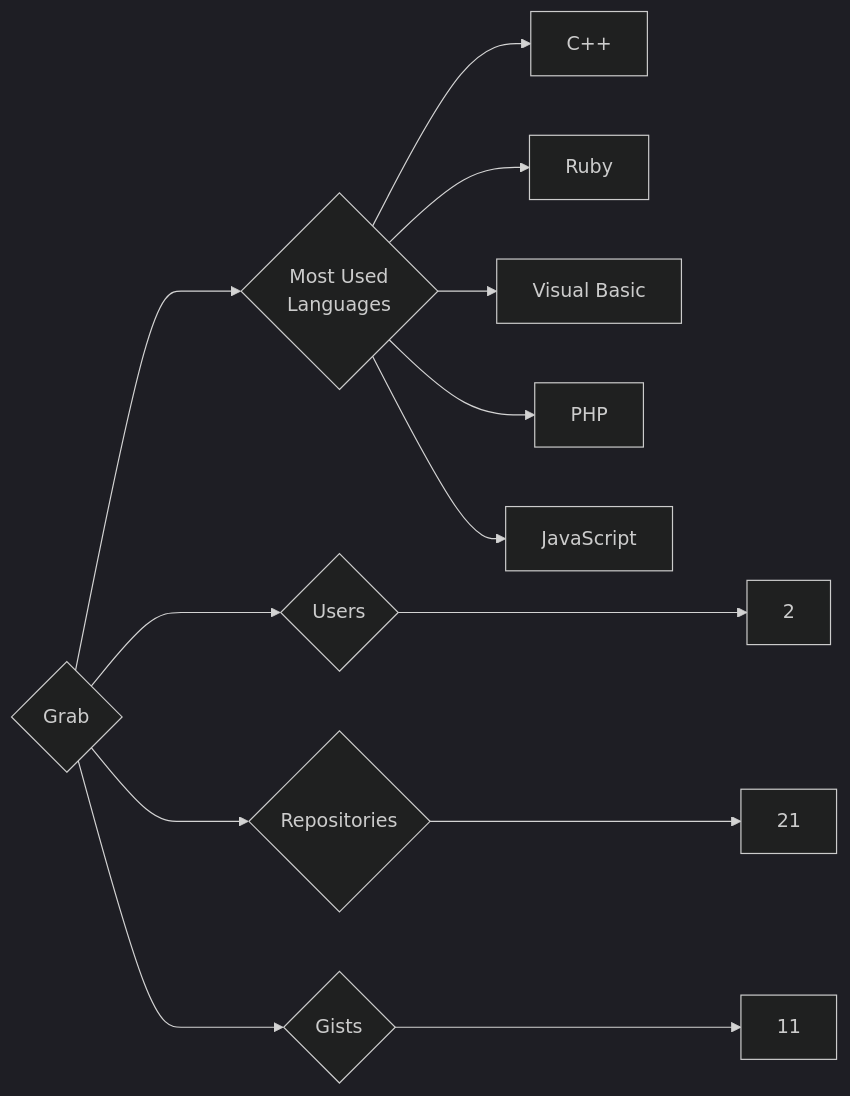
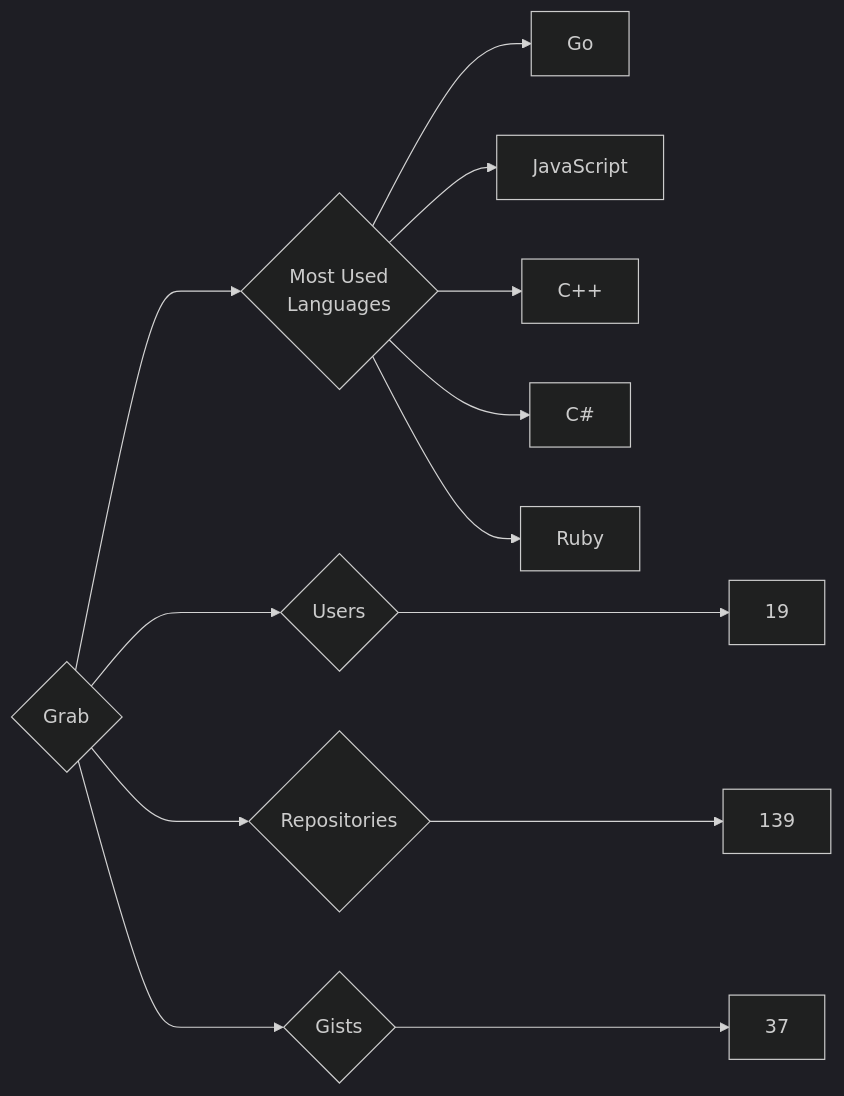
One commit to trickest/insiders changed the diagram in targets/Grab/README.md. Above: the diagram before and after it, drawn with Mermaid (dark theme). The commit also changed 900 other files, not shown here.

````diff
--- a/targets/Grab/README.md
+++ b/targets/Grab/README.md
@@ -3,13 +3,13 @@
 ```mermaid
 graph LR
 COMPANY_NAME{Grab}
-COMPANY_NAME ---> U{Users} ---> UN[2]
-COMPANY_NAME ---> R{Repositories} ---> RN[21]
-COMPANY_NAME ---> G{Gists} ---> GN[11]
+COMPANY_NAME ---> U{Users} ---> UN[19]
+COMPANY_NAME ---> R{Repositories} ---> RN[139]
+COMPANY_NAME ---> G{Gists} ---> GN[37]
 COMPANY_NAME ---> ML{Most Used<br>Languages}
+ML --> Go[Go]
+ML --> JavaScript[JavaScript]
 ML --> C++[C++]
+ML --> C#[C#]
 ML --> Ruby[Ruby]
-ML --> Visual_Basic[Visual Basic]
-ML --> PHP[PHP]
-ML --> JavaScript[JavaScript]
 ```
````
